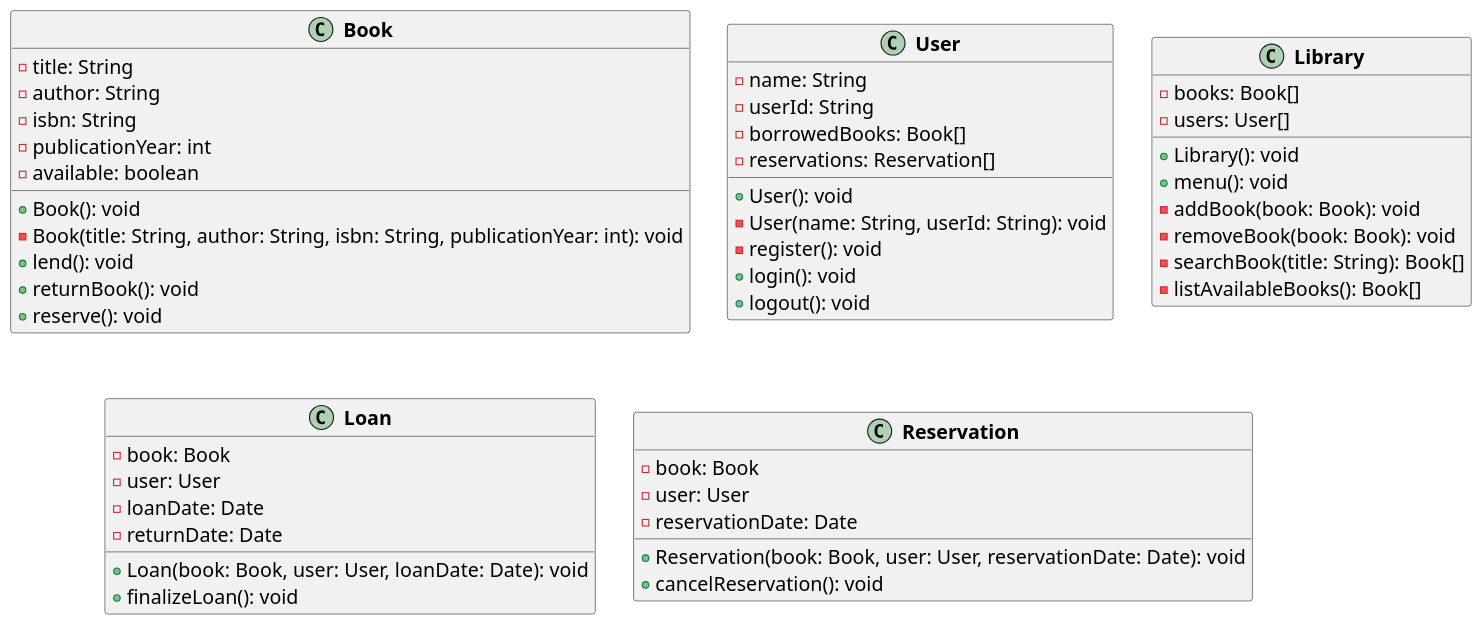
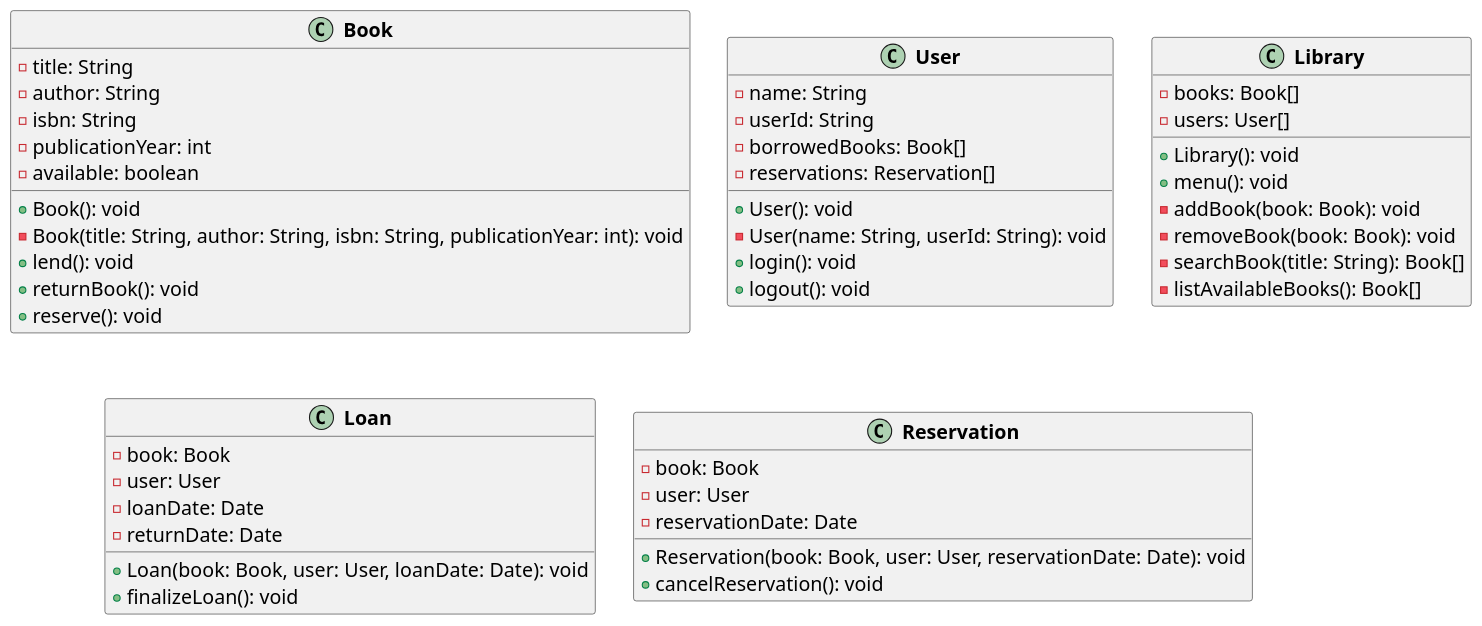
The second of 3 diagrams in Writerside/topics/ejemplo-1.md (jesus-castro89/poo), drawn with PlantUML before and after one commit. The commit also changed 4 other files, not shown here.

Commit message:
Diagramas de Clases

````diff
--- a/Writerside/topics/ejemplo-1.md
+++ b/Writerside/topics/ejemplo-1.md
@@ -52,58 +52,57 @@
 ```plantuml
 @startuml
 skinparam class{
     AttributeFontSize 18
     FontStyle bold
 }
 class Book{
     - title: String
     - author: String
     - isbn: String
     - publicationYear: int
     + Book(): void
     - Book(title: String, author: String, isbn: String, publicationYear: int): void
     - available: boolean
     + lend(): void
     + returnBook(): void
     + reserve(): void
 }
 
 class User{
     - name: String
     - userId: String
     - borrowedBooks: Book[]
     - reservations: Reservation[]
     + User(): void
     - User(name: String, userId: String): void
-    - register(): void
     + login(): void
     + logout(): void
 }
 class Library{
     - books: Book[]
     - users: User[]
     + Library(): void
     + menu(): void
     - addBook(book: Book): void
     - removeBook(book: Book): void
     - searchBook(title: String): Book[]
     - listAvailableBooks(): Book[]
 }
 class Loan{
     - book: Book
     - user: User
     - loanDate: Date
     - returnDate: Date
     + Loan(book: Book, user: User, loanDate: Date): void
     + finalizeLoan(): void
 }
 class Reservation
 {
     - book: Book
     - user: User
     - reservationDate: Date
     + Reservation(book: Book, user: User, reservationDate: Date): void
     + cancelReservation(): void
 }
 @enduml
 ```
````
